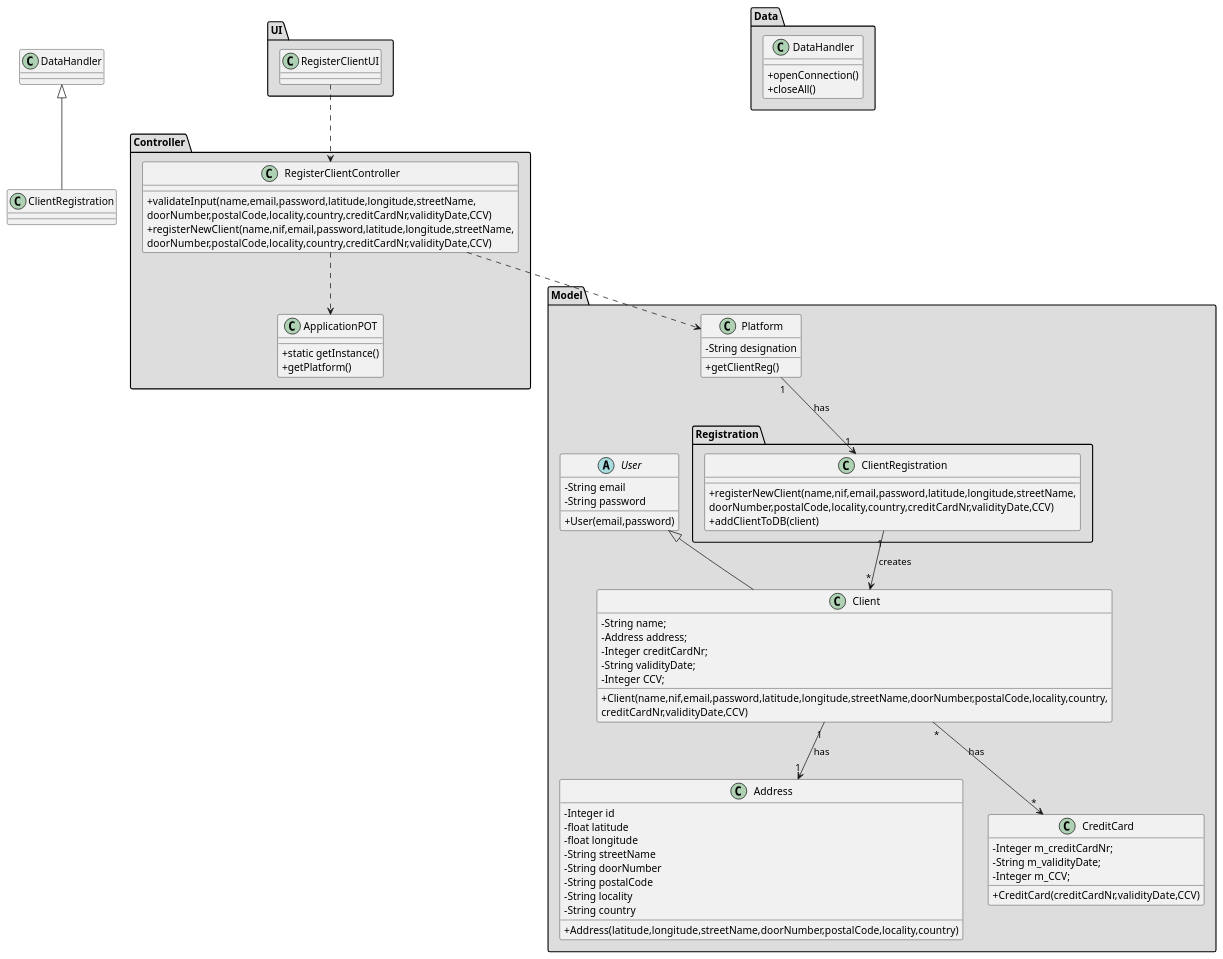
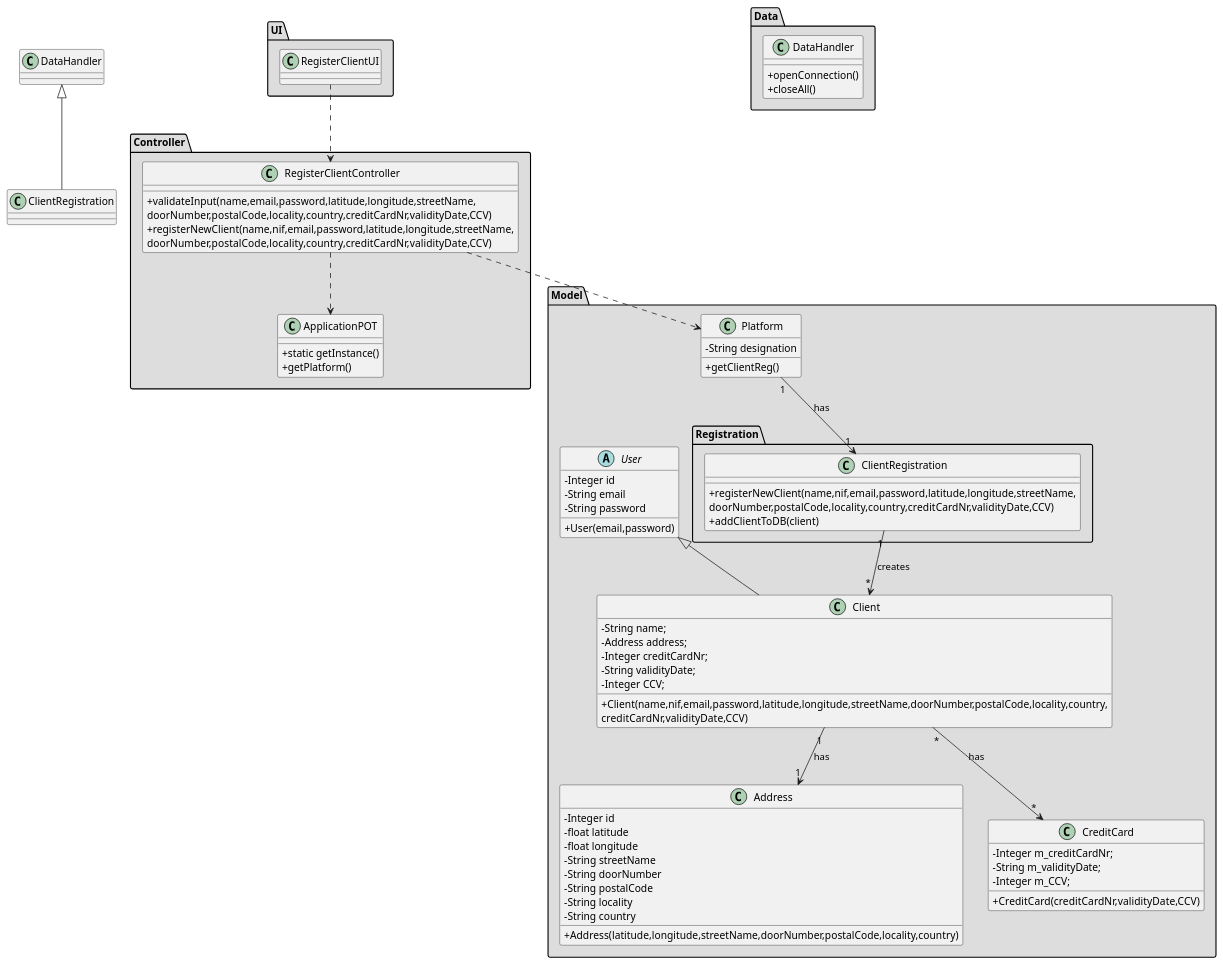
The diagram in docs/Iteration 1/User Management/US18_RegisterClient/US18_CD.puml (tiagoavcosta25/LAPR3), drawn with PlantUML before and after one commit. The commit also changed 10 other files, not shown here.

```diff
--- a/docs/Iteration 1/User Management/US18_RegisterClient/US18_CD.puml
+++ b/docs/Iteration 1/User Management/US18_RegisterClient/US18_CD.puml
@@ -1,104 +1,105 @@
 @startuml
 skinparam classAttributeIconSize 0
 
 
 package "Controller" #DDDDDD {
 class ApplicationPOT
 {
   +static getInstance()
   +getPlatform()
 }
 }
 
 
 package "UI" #DDDDDD {
 class RegisterClientUI{
 
 }
 }
 
 
 package "Controller" #DDDDDD {
 class RegisterClientController{
 +validateInput(name,email,password,latitude,longitude,streetName,\ndoorNumber,postalCode,locality,country,creditCardNr,validityDate,CCV)
 +registerNewClient(name,nif,email,password,latitude,longitude,streetName,\ndoorNumber,postalCode,locality,country,creditCardNr,validityDate,CCV)
 }
 }
 
 
 package "Model" #DDDDDD {
 class Platform {
   -String designation
   +getClientReg()
 }
 package "Registration" #DDDDDD {
  class ClientRegistration{
  +registerNewClient(name,nif,email,password,latitude,longitude,streetName,\ndoorNumber,postalCode,locality,country,creditCardNr,validityDate,CCV)
  +addClientToDB(client)
  }
  }
 }
 
 
 
 
 package "Model" #DDDDDD {
 abstract class User{
+-Integer id
 -String email
 -String password
 +User(email,password)
 }
 
 class Client extends User
 
 class Client{
 -String name;
 -Address address;
 -Integer creditCardNr;
 -String validityDate;
 -Integer CCV;
 +Client(name,nif,email,password,latitude,longitude,streetName,doorNumber,postalCode,locality,country,
                         creditCardNr,validityDate,CCV)
 }
 
 class Address{
 -Integer id
 -float latitude
 -float longitude
 -String streetName
 -String doorNumber
 -String postalCode
 -String locality
 -String country
 +Address(latitude,longitude,streetName,doorNumber,postalCode,locality,country)
 }
 
 class CreditCard{
 -Integer m_creditCardNr;
 -String m_validityDate;
 -Integer m_CCV;
 +CreditCard(creditCardNr,validityDate,CCV)
 }
 
 }
 
 
 package "Data" #DDDDDD {
 class DataHandler{
 +openConnection()
 +closeAll()
 }
 
 }
 
 
 RegisterClientUI ..> RegisterClientController
 RegisterClientController ..> Platform
 RegisterClientController ..> ApplicationPOT
 Platform "1" --> "1" ClientRegistration : has
 ClientRegistration "1" --> "*" Client : creates
 class ClientRegistration extends DataHandler
 Client "1" --> "1" Address : has
 Client "*" --> "*" CreditCard : has
 
 @enduml
```
